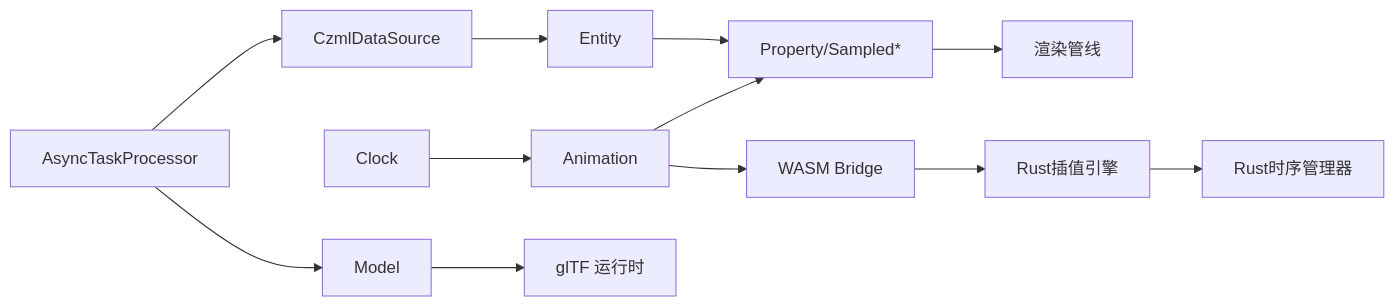
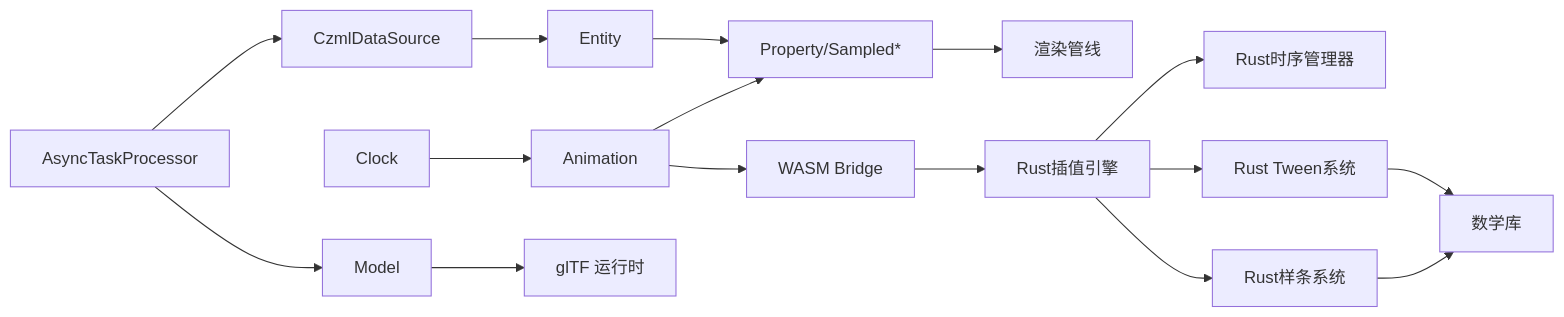
Before and after one commit to rzhangjing/cesium: diagram 17 of 17 in .qoder/repowiki/zh/content/项目概述/核心特性/动画与时间系统/动画与时间系统.md, drawn with Mermaid. The commit also changed other lines of this file and 56 other files, not shown here.

````diff
--- a/.qoder/repowiki/zh/content/项目概述/核心特性/动画与时间系统/动画与时间系统.md
+++ b/.qoder/repowiki/zh/content/项目概述/核心特性/动画与时间系统/动画与时间系统.md
@@ -590,14 +849,18 @@
 ```mermaid
 graph LR
 CZML["CzmlDataSource"] --> ENT["Entity"]
 ENT --> PROP["Property/Sampled*"]
 PROP --> RENDER["渲染管线"]
 CLOCK["Clock"] --> ANIM["Animation"]
 ANIM --> PROP
 MODEL["Model"] --> GLTF["glTF 运行时"]
 ATP["AsyncTaskProcessor"] --> CZML
 ATP --> MODEL
 ANIM --> WAB["WASM Bridge"]
 WAB --> RUST_INT["Rust插值引擎"]
 RUST_INT --> RUST_TL["Rust时序管理器"]
+RUST_INT --> RUST_TWEEN["Rust Tween系统"]
+RUST_INT --> RUST_SPLINE["Rust样条系统"]
+RUST_TWEEN --> MATH["数学库"]
+RUST_SPLINE --> MATH
 ```
````
